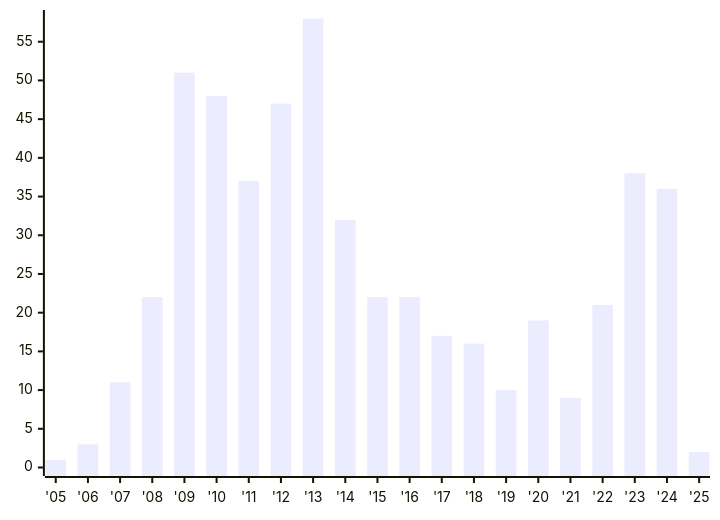
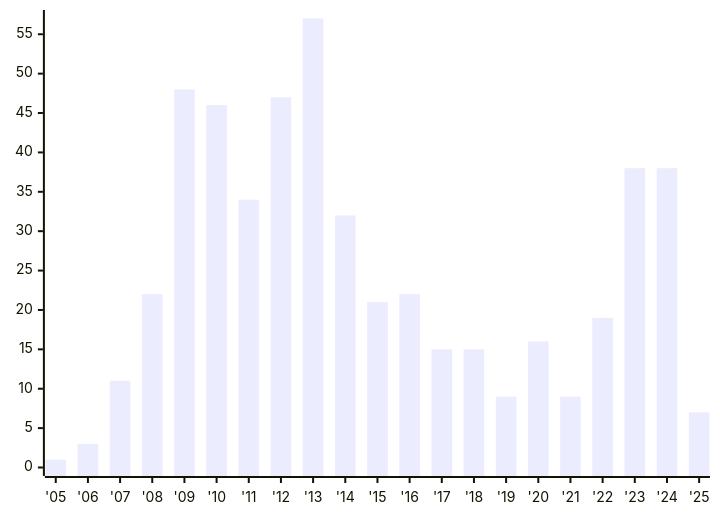
The first of 4 diagrams in index.stats.md (austrellum/navigator), drawn with Mermaid before and after one commit. The commit also changed other lines of this file and 9 other files, not shown here.

````diff
--- a/index.stats.md
+++ b/index.stats.md
@@ -7,6 +7,6 @@
 ```mermaid
 xychart-beta
   x-axis ["'05","'06","'07","'08","'09","'10","'11","'12","'13","'14","'15","'16","'17","'18","'19","'20","'21","'22","'23","'24","'25"]
-  y-axis 0 --> 58
-  bar [1,3,11,22,51,48,37,47,58,32,22,22,17,16,10,19,9,21,38,36,2]
+  y-axis 0 --> 57
+  bar [1,3,11,22,48,46,34,47,57,32,21,22,15,15,9,16,9,19,38,38,7]
 ```
````
